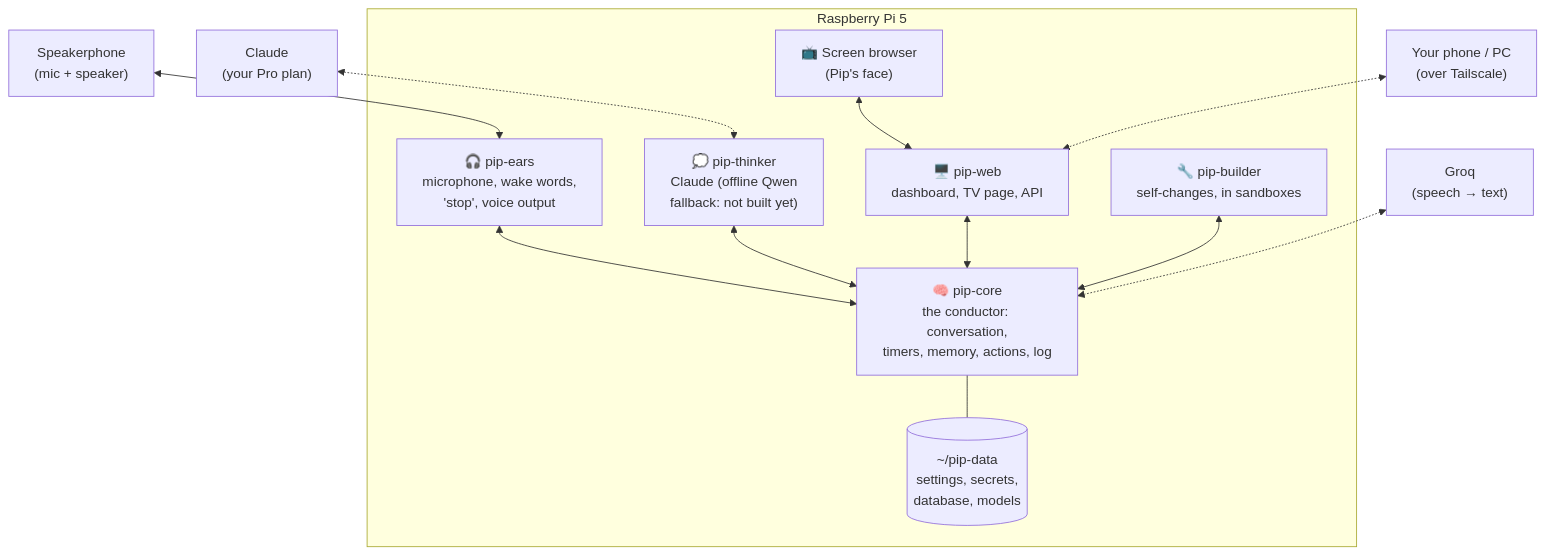
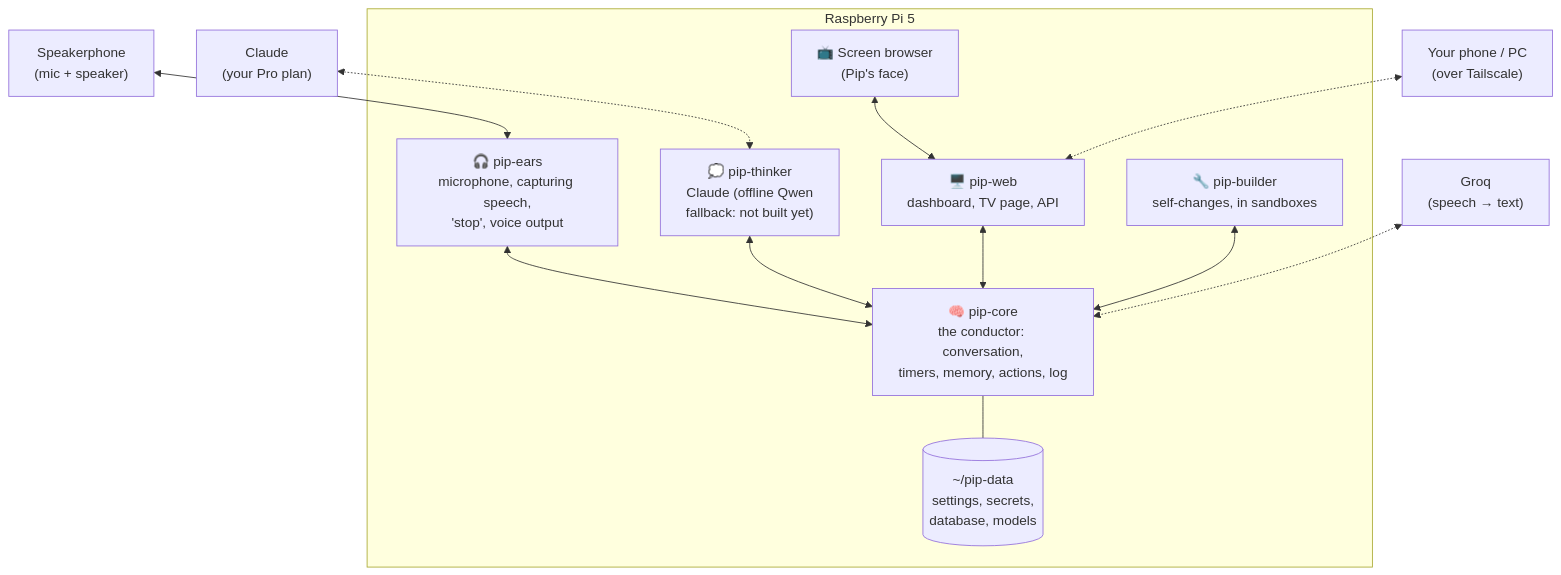
Before and after one commit to LandenHeine17/pip: the first of 5 diagrams in docs/ARCHITECTURE.md, drawn with Mermaid. The commit also changed other lines of this file and 51 other files, not shown here.

````diff
--- a/docs/ARCHITECTURE.md
+++ b/docs/ARCHITECTURE.md
@@ -24,22 +24,22 @@
 ```mermaid
 flowchart TB
     subgraph Pi["Raspberry Pi 5"]
-        EARS["🎧 pip-ears<br/>microphone, wake words,<br/>'stop', voice output"]
+        EARS["🎧 pip-ears<br/>microphone, capturing speech,<br/>'stop', voice output"]
         CORE["🧠 pip-core<br/>the conductor: conversation,<br/>timers, memory, actions, log"]
         THINK["💭 pip-thinker<br/>Claude (offline Qwen<br/>fallback: not built yet)"]
         WEB["🖥️ pip-web<br/>dashboard, TV page, API"]
         BUILD["🔧 pip-builder<br/>self-changes, in sandboxes"]
         KIOSK["📺 Screen browser<br/>(Pip's face)"]
         DATA[("~/pip-data<br/>settings, secrets,<br/>database, models")]
     end
     MIC["Speakerphone<br/>(mic + speaker)"] <--> EARS
     EARS <--> CORE
     THINK <--> CORE
     WEB <--> CORE
     BUILD <--> CORE
     KIOSK <--> WEB
     CORE --- DATA
     GROQ["Groq<br/>(speech → text)"] <-.-> CORE
     CLAUDE["Claude<br/>(your Pro plan)"] <-.-> THINK
     PHONE["Your phone / PC<br/>(over Tailscale)"] <-.-> WEB
 ```
````
